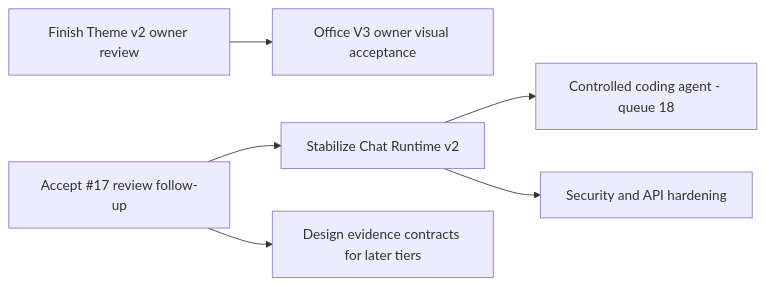
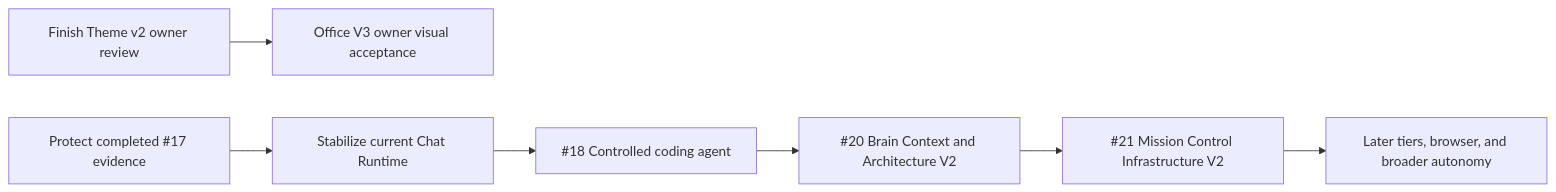
The diagram in docs/03_ROADMAP.md (binhvu284/tobi), drawn with Mermaid before and after one commit. The commit also changed other lines of this file and 8 other files, not shown here.

Commit message:
docs: refresh current architecture and roadmap

````diff
--- a/docs/03_ROADMAP.md
+++ b/docs/03_ROADMAP.md
@@ -13,8 +13,9 @@
 ```mermaid
 flowchart LR
   A[Finish Theme v2 owner review] --> B[Office V3 owner visual acceptance]
-  C[Accept #17 review follow-up] --> D[Stabilize Chat Runtime v2]
-  D --> E[Controlled coding agent - queue 18]
-  D --> F[Security and API hardening]
-  C --> G[Design evidence contracts for later tiers]
+  C[Protect completed #17 evidence] --> D[Stabilize current Chat Runtime]
+  D --> E[#18 Controlled coding agent]
+  E --> F[#20 Brain Context and Architecture V2]
+  F --> G[#21 Mission Control Infrastructure V2]
+  G --> H[Later tiers, browser, and broader autonomy]
 ```
````
